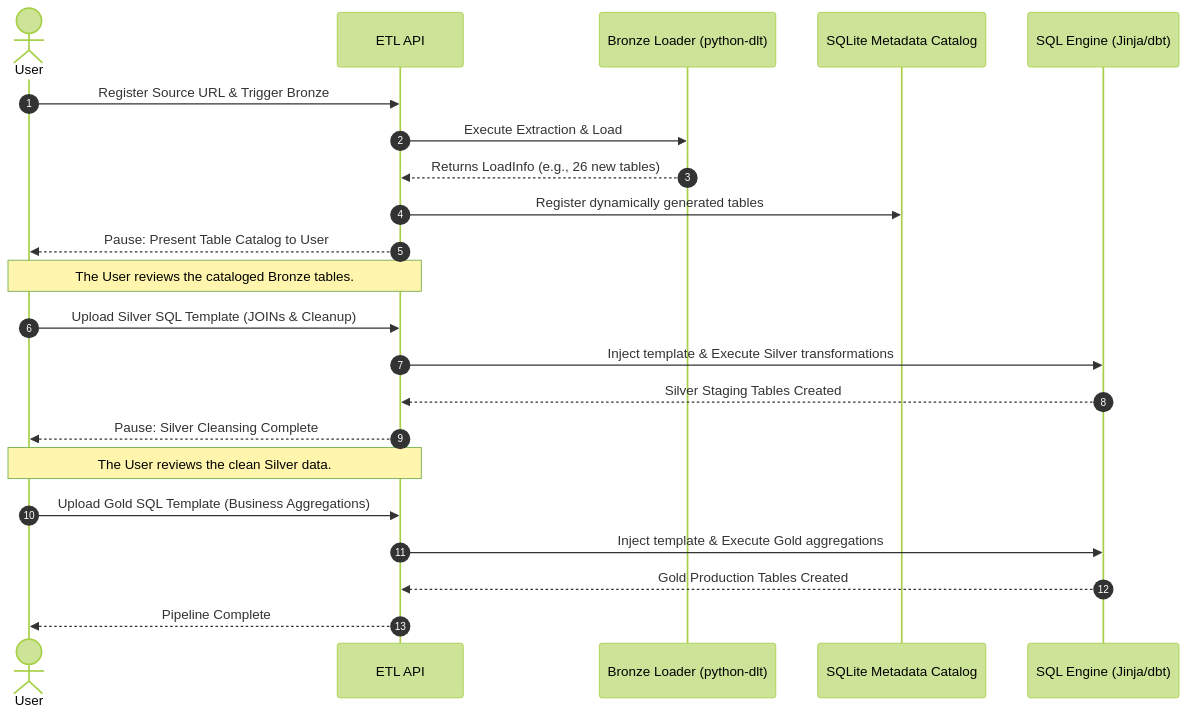
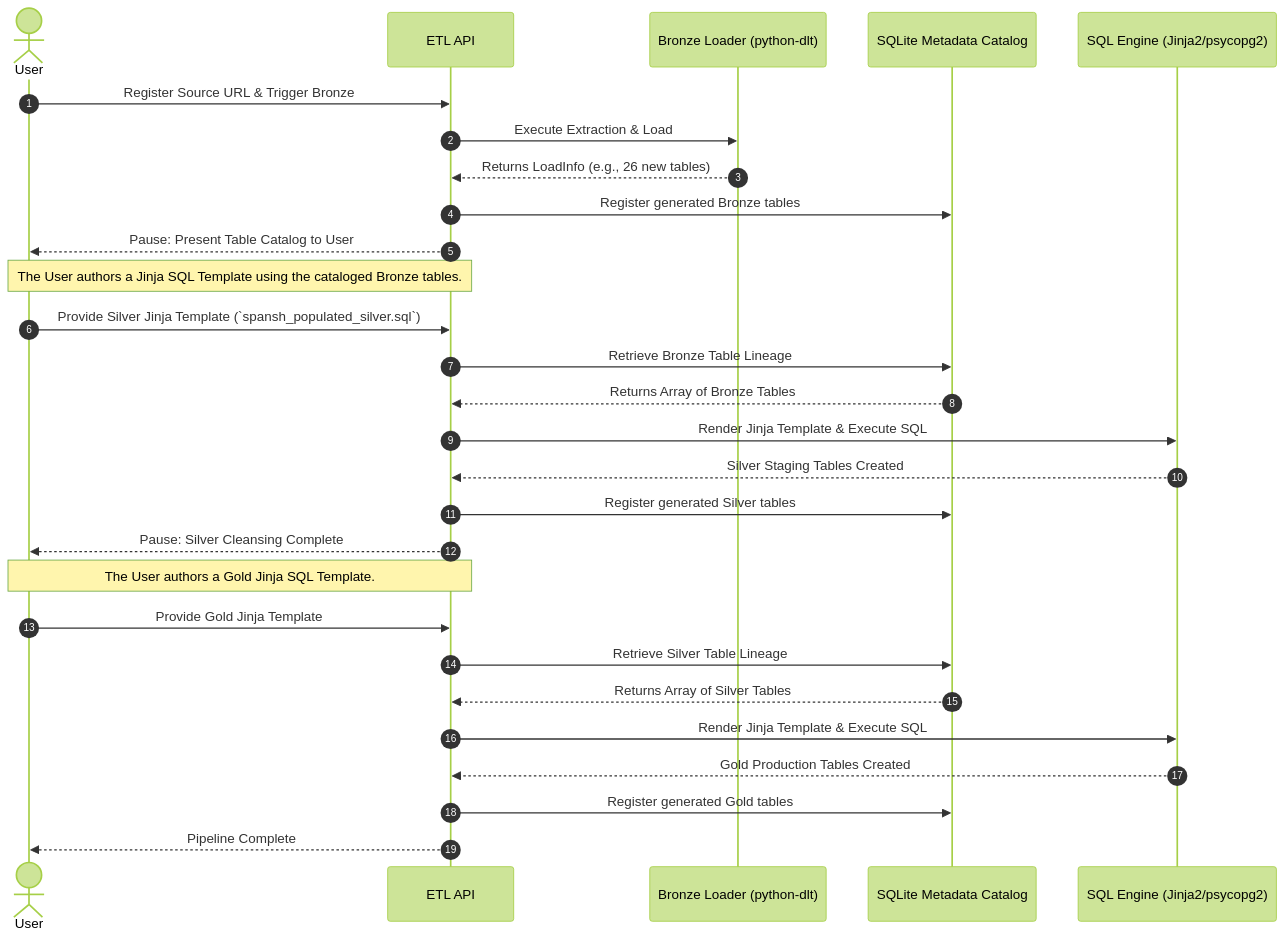
One commit to mnaatjes/elite-etl changed the diagram in docs/explanation/release-and-integration-roadmap.md. Above: the diagram before and after it, drawn with Mermaid (forest theme). The commit also changed other lines of this file, not shown here.

Commit message:
data lineage

````diff
--- a/docs/explanation/release-and-integration-roadmap.md
+++ b/docs/explanation/release-and-integration-roadmap.md
@@ -34,29 +34,35 @@
 ```mermaid
 sequenceDiagram
     autonumber
     actor User
     participant API as ETL API
     participant DLT as Bronze Loader (python-dlt)
     participant Catalog as SQLite Metadata Catalog
-    participant SQL as SQL Engine (Jinja/dbt)
+    participant SQL as SQL Engine (Jinja2/psycopg2)
 
     User->>API: Register Source URL & Trigger Bronze
     API->>DLT: Execute Extraction & Load
     DLT-->>API: Returns LoadInfo (e.g., 26 new tables)
-    API->>Catalog: Register dynamically generated tables
+    API->>Catalog: Register generated Bronze tables
     API-->>User: Pause: Present Table Catalog to User
     
-    Note over User, API: The User reviews the cataloged Bronze tables.
+    Note over User, API: The User authors a Jinja SQL Template using the cataloged Bronze tables.
     
-    User->>API: Upload Silver SQL Template (JOINs & Cleanup)
-    API->>SQL: Inject template & Execute Silver transformations
+    User->>API: Provide Silver Jinja Template (`spansh_populated_silver.sql`)
+    API->>Catalog: Retrieve Bronze Table Lineage
+    Catalog-->>API: Returns Array of Bronze Tables
+    API->>SQL: Render Jinja Template & Execute SQL
     SQL-->>API: Silver Staging Tables Created
+    API->>Catalog: Register generated Silver tables
     API-->>User: Pause: Silver Cleansing Complete
     
-    Note over User, API: The User reviews the clean Silver data.
+    Note over User, API: The User authors a Gold Jinja SQL Template.
     
-    User->>API: Upload Gold SQL Template (Business Aggregations)
-    API->>SQL: Inject template & Execute Gold aggregations
+    User->>API: Provide Gold Jinja Template
+    API->>Catalog: Retrieve Silver Table Lineage
+    Catalog-->>API: Returns Array of Silver Tables
+    API->>SQL: Render Jinja Template & Execute SQL
     SQL-->>API: Gold Production Tables Created
+    API->>Catalog: Register generated Gold tables
     API-->>User: Pipeline Complete
 ```
````
